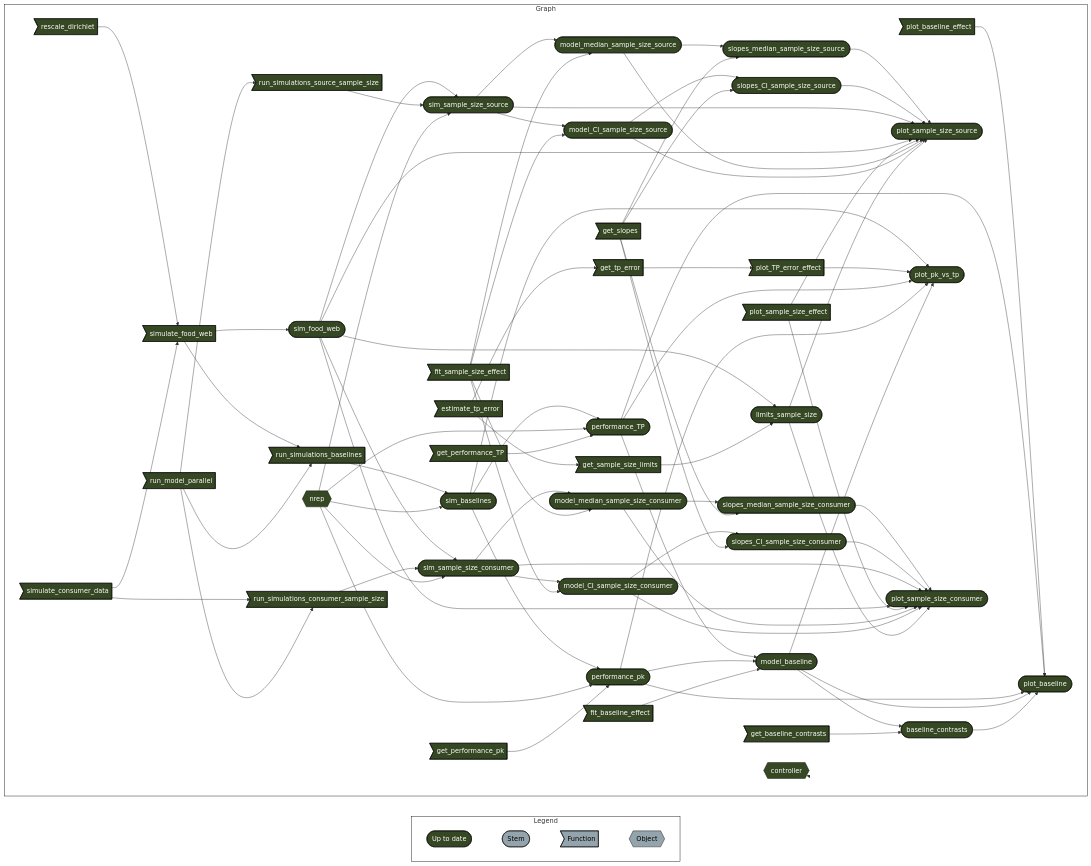
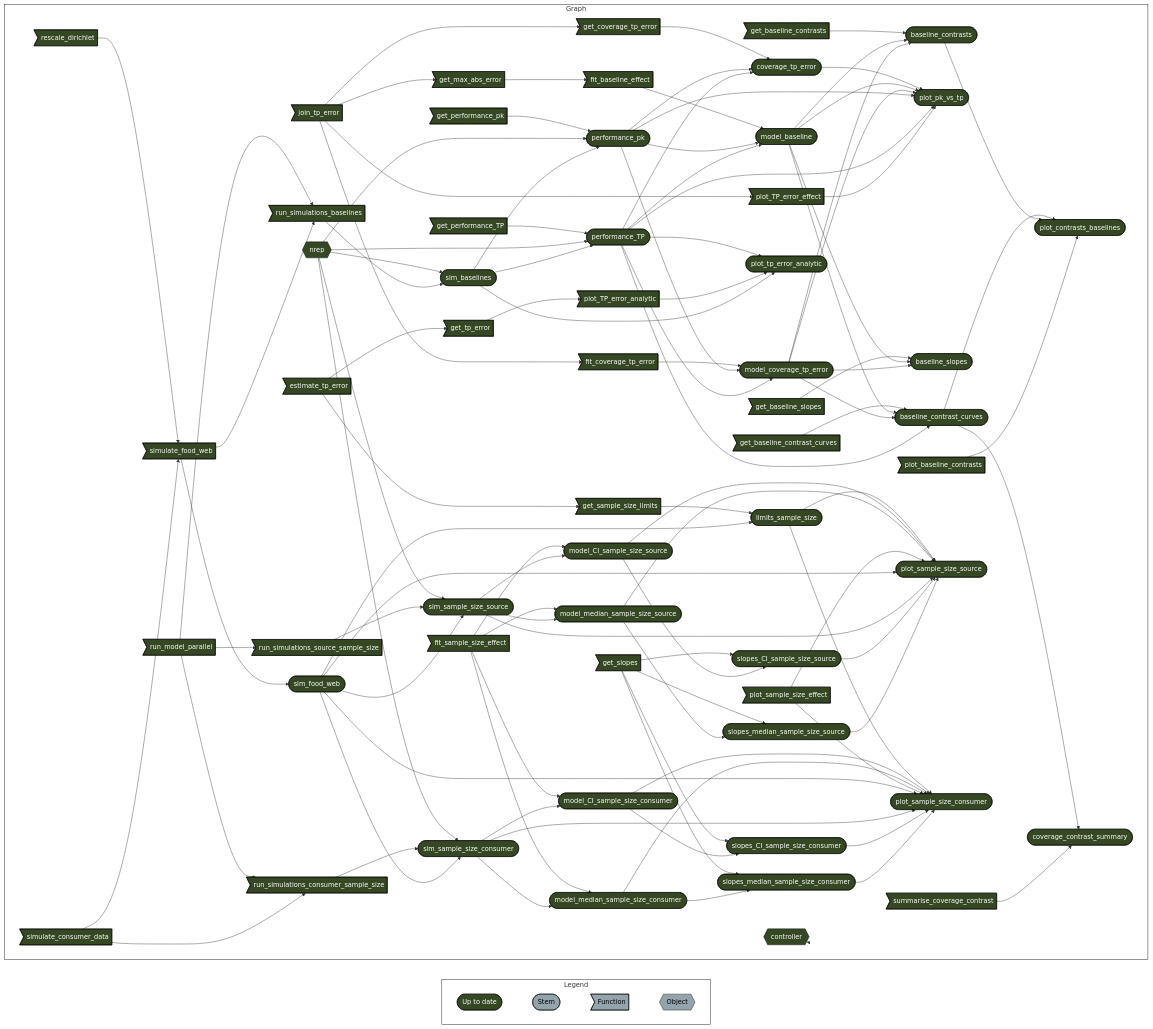
One commit to mattiaghilardi/SIMMmultitroph_simulations changed the diagram in README.md. Above: the diagram before and after it, drawn with Mermaid. The commit also changed 10 other files, not shown here.

First line of the commit message:
Model coverage of 95% CI against TP error and revise baseline figures

````diff
--- a/README.md
+++ b/README.md
@@ -162,23 +162,66 @@
   end
   subgraph Graph
     direction LR
-    x21ac55773aa00ff7>"estimate_tp_error"]:::uptodate --> x4f64251e341dc26d>"get_sample_size_limits"]:::uptodate
-    x21ac55773aa00ff7>"estimate_tp_error"]:::uptodate --> x89aa6a1b0bb00997>"get_tp_error"]:::uptodate
+    xe0ed197bf001369a>"join_tp_error"]:::uptodate --> x01fa55b6ef0f102c>"fit_coverage_tp_error"]:::uptodate
+    xe0ed197bf001369a>"join_tp_error"]:::uptodate --> xc786b5ea9d63b9c5>"plot_TP_error_effect"]:::uptodate
+    xe0ed197bf001369a>"join_tp_error"]:::uptodate --> xcca3bd5f21516fa7>"get_max_abs_error"]:::uptodate
+    xe0ed197bf001369a>"join_tp_error"]:::uptodate --> xd3828f3b280f2068>"get_coverage_tp_error"]:::uptodate
+    x6d92743533cfd8a6>"rescale_dirichlet"]:::uptodate --> x591bcbf82eb648c3>"simulate_food_web"]:::uptodate
     xf48d3b6327a7cf5e>"run_model_parallel"]:::uptodate --> x28f1d3113c9459b8>"run_simulations_baselines"]:::uptodate
     xf48d3b6327a7cf5e>"run_model_parallel"]:::uptodate --> x47a8a2aae50632f3>"run_simulations_source_sample_size"]:::uptodate
     xf48d3b6327a7cf5e>"run_model_parallel"]:::uptodate --> x6db4d56f639e323d>"run_simulations_consumer_sample_size"]:::uptodate
+    x21ac55773aa00ff7>"estimate_tp_error"]:::uptodate --> x89aa6a1b0bb00997>"get_tp_error"]:::uptodate
+    x21ac55773aa00ff7>"estimate_tp_error"]:::uptodate --> x4f64251e341dc26d>"get_sample_size_limits"]:::uptodate
+    xcca3bd5f21516fa7>"get_max_abs_error"]:::uptodate --> x5a1e27704096b922>"fit_baseline_effect"]:::uptodate
+    x89aa6a1b0bb00997>"get_tp_error"]:::uptodate --> xc4fa7c7103be3eaa>"plot_TP_error_analytic"]:::uptodate
     x591bcbf82eb648c3>"simulate_food_web"]:::uptodate --> x28f1d3113c9459b8>"run_simulations_baselines"]:::uptodate
     xc69bd914436bb0ef>"simulate_consumer_data"]:::uptodate --> x591bcbf82eb648c3>"simulate_food_web"]:::uptodate
     xc69bd914436bb0ef>"simulate_consumer_data"]:::uptodate --> x6db4d56f639e323d>"run_simulations_consumer_sample_size"]:::uptodate
-    x6d92743533cfd8a6>"rescale_dirichlet"]:::uptodate --> x591bcbf82eb648c3>"simulate_food_web"]:::uptodate
-    x89aa6a1b0bb00997>"get_tp_error"]:::uptodate --> xc786b5ea9d63b9c5>"plot_TP_error_effect"]:::uptodate
     x947713c23b367de6>"get_baseline_contrasts"]:::uptodate --> x7c75abec967e9944(["baseline_contrasts"]):::uptodate
     x8effdbfc4054a8b1(["model_baseline"]):::uptodate --> x7c75abec967e9944(["baseline_contrasts"]):::uptodate
+    x9553010ed3b86cc8(["model_coverage_tp_error"]):::uptodate --> x7c75abec967e9944(["baseline_contrasts"]):::uptodate
+    xe05234093d4959a3(["coverage_tp_error"]):::uptodate --> xb915cef9f481fc1f(["plot_pk_vs_tp"]):::uptodate
+    x8effdbfc4054a8b1(["model_baseline"]):::uptodate --> xb915cef9f481fc1f(["plot_pk_vs_tp"]):::uptodate
+    x9553010ed3b86cc8(["model_coverage_tp_error"]):::uptodate --> xb915cef9f481fc1f(["plot_pk_vs_tp"]):::uptodate
+    x6721637a114517cc(["performance_pk"]):::uptodate --> xb915cef9f481fc1f(["plot_pk_vs_tp"]):::uptodate
+    xddd15c1e29dd0db2(["performance_TP"]):::uptodate --> xb915cef9f481fc1f(["plot_pk_vs_tp"]):::uptodate
+    xc786b5ea9d63b9c5>"plot_TP_error_effect"]:::uptodate --> xb915cef9f481fc1f(["plot_pk_vs_tp"]):::uptodate
+    x4f64251e341dc26d>"get_sample_size_limits"]:::uptodate --> x19b486c6d52115c7(["limits_sample_size"]):::uptodate
+    xedfdc913389bf9d2(["sim_food_web"]):::uptodate --> x19b486c6d52115c7(["limits_sample_size"]):::uptodate
+    x337dfe47aaaeaa92>"get_performance_TP"]:::uptodate --> xddd15c1e29dd0db2(["performance_TP"]):::uptodate
+    xb36606d044598292{{"nrep"}}:::uptodate --> xddd15c1e29dd0db2(["performance_TP"]):::uptodate
+    x5731469b81dfc1b5(["sim_baselines"]):::uptodate --> xddd15c1e29dd0db2(["performance_TP"]):::uptodate
+    xddd15c1e29dd0db2(["performance_TP"]):::uptodate --> xfd9dd4de6a7a40a1(["plot_tp_error_analytic"]):::uptodate
+    xc4fa7c7103be3eaa>"plot_TP_error_analytic"]:::uptodate --> xfd9dd4de6a7a40a1(["plot_tp_error_analytic"]):::uptodate
+    x5731469b81dfc1b5(["sim_baselines"]):::uptodate --> xfd9dd4de6a7a40a1(["plot_tp_error_analytic"]):::uptodate
     x692c828a4b14e9e4>"get_slopes"]:::uptodate --> x407f420266f7cba3(["slopes_median_sample_size_consumer"]):::uptodate
     x43d5dd88718ec163(["model_median_sample_size_consumer"]):::uptodate --> x407f420266f7cba3(["slopes_median_sample_size_consumer"]):::uptodate
-    xb36606d044598292{{"nrep"}}:::uptodate --> xeed5bb8f0b7988df(["sim_sample_size_source"]):::uptodate
-    x47a8a2aae50632f3>"run_simulations_source_sample_size"]:::uptodate --> xeed5bb8f0b7988df(["sim_sample_size_source"]):::uptodate
-    xedfdc913389bf9d2(["sim_food_web"]):::uptodate --> xeed5bb8f0b7988df(["sim_sample_size_source"]):::uptodate
+    x5a1e27704096b922>"fit_baseline_effect"]:::uptodate --> x8effdbfc4054a8b1(["model_baseline"]):::uptodate
+    x6721637a114517cc(["performance_pk"]):::uptodate --> x8effdbfc4054a8b1(["model_baseline"]):::uptodate
+    xddd15c1e29dd0db2(["performance_TP"]):::uptodate --> x8effdbfc4054a8b1(["model_baseline"]):::uptodate
+    xc62dfd17067dfe06>"get_baseline_slopes"]:::uptodate --> x08ebd82a9e830f20(["baseline_slopes"]):::uptodate
+    x8effdbfc4054a8b1(["model_baseline"]):::uptodate --> x08ebd82a9e830f20(["baseline_slopes"]):::uptodate
+    x9553010ed3b86cc8(["model_coverage_tp_error"]):::uptodate --> x08ebd82a9e830f20(["baseline_slopes"]):::uptodate
+    xb36606d044598292{{"nrep"}}:::uptodate --> x9ebeb9a32f4fbe45(["sim_sample_size_consumer"]):::uptodate
+    x6db4d56f639e323d>"run_simulations_consumer_sample_size"]:::uptodate --> x9ebeb9a32f4fbe45(["sim_sample_size_consumer"]):::uptodate
+    xedfdc913389bf9d2(["sim_food_web"]):::uptodate --> x9ebeb9a32f4fbe45(["sim_sample_size_consumer"]):::uptodate
+    x692c828a4b14e9e4>"get_slopes"]:::uptodate --> xad49654a44770e0a(["slopes_CI_sample_size_consumer"]):::uptodate
+    x624dfa16887e8437(["model_CI_sample_size_consumer"]):::uptodate --> xad49654a44770e0a(["slopes_CI_sample_size_consumer"]):::uptodate
+    xd3828f3b280f2068>"get_coverage_tp_error"]:::uptodate --> xe05234093d4959a3(["coverage_tp_error"]):::uptodate
+    x6721637a114517cc(["performance_pk"]):::uptodate --> xe05234093d4959a3(["coverage_tp_error"]):::uptodate
+    xddd15c1e29dd0db2(["performance_TP"]):::uptodate --> xe05234093d4959a3(["coverage_tp_error"]):::uptodate
+    x3523f25b730a048c(["baseline_contrast_curves"]):::uptodate --> x8966ac46f9a49bd8(["plot_contrasts_baselines"]):::uptodate
+    x7c75abec967e9944(["baseline_contrasts"]):::uptodate --> x8966ac46f9a49bd8(["plot_contrasts_baselines"]):::uptodate
+    x4e25c1b9e6cf230e>"plot_baseline_contrasts"]:::uptodate --> x8966ac46f9a49bd8(["plot_contrasts_baselines"]):::uptodate
+    xd40414fd87cf9ff3>"fit_sample_size_effect"]:::uptodate --> x94cc20dcbe89a450(["model_median_sample_size_source"]):::uptodate
+    xeed5bb8f0b7988df(["sim_sample_size_source"]):::uptodate --> x94cc20dcbe89a450(["model_median_sample_size_source"]):::uptodate
+    x01fa55b6ef0f102c>"fit_coverage_tp_error"]:::uptodate --> x9553010ed3b86cc8(["model_coverage_tp_error"]):::uptodate
+    x6721637a114517cc(["performance_pk"]):::uptodate --> x9553010ed3b86cc8(["model_coverage_tp_error"]):::uptodate
+    xddd15c1e29dd0db2(["performance_TP"]):::uptodate --> x9553010ed3b86cc8(["model_coverage_tp_error"]):::uptodate
+    x315ea71d799dc9ae>"get_baseline_contrast_curves"]:::uptodate --> x3523f25b730a048c(["baseline_contrast_curves"]):::uptodate
+    x8effdbfc4054a8b1(["model_baseline"]):::uptodate --> x3523f25b730a048c(["baseline_contrast_curves"]):::uptodate
+    x9553010ed3b86cc8(["model_coverage_tp_error"]):::uptodate --> x3523f25b730a048c(["baseline_contrast_curves"]):::uptodate
+    xddd15c1e29dd0db2(["performance_TP"]):::uptodate --> x3523f25b730a048c(["baseline_contrast_curves"]):::uptodate
     x19b486c6d52115c7(["limits_sample_size"]):::uptodate --> x1606860f46586235(["plot_sample_size_source"]):::uptodate
     xe296b01090e4e986(["model_CI_sample_size_source"]):::uptodate --> x1606860f46586235(["plot_sample_size_source"]):::uptodate
     x94cc20dcbe89a450(["model_median_sample_size_source"]):::uptodate --> x1606860f46586235(["plot_sample_size_source"]):::uptodate
@@ -187,45 +230,17 @@
     xeed5bb8f0b7988df(["sim_sample_size_source"]):::uptodate --> x1606860f46586235(["plot_sample_size_source"]):::uptodate
     x739b3428d6a79fd4(["slopes_CI_sample_size_source"]):::uptodate --> x1606860f46586235(["plot_sample_size_source"]):::uptodate
     xdc6d71eefa059099(["slopes_median_sample_size_source"]):::uptodate --> x1606860f46586235(["plot_sample_size_source"]):::uptodate
-    x692c828a4b14e9e4>"get_slopes"]:::uptodate --> xad49654a44770e0a(["slopes_CI_sample_size_consumer"]):::uptodate
-    x624dfa16887e8437(["model_CI_sample_size_consumer"]):::uptodate --> xad49654a44770e0a(["slopes_CI_sample_size_consumer"]):::uptodate
+    x692c828a4b14e9e4>"get_slopes"]:::uptodate --> xdc6d71eefa059099(["slopes_median_sample_size_source"]):::uptodate
+    x94cc20dcbe89a450(["model_median_sample_size_source"]):::uptodate --> xdc6d71eefa059099(["slopes_median_sample_size_source"]):::uptodate
+    xd40414fd87cf9ff3>"fit_sample_size_effect"]:::uptodate --> xe296b01090e4e986(["model_CI_sample_size_source"]):::uptodate
+    xeed5bb8f0b7988df(["sim_sample_size_source"]):::uptodate --> xe296b01090e4e986(["model_CI_sample_size_source"]):::uptodate
+    xb36606d044598292{{"nrep"}}:::uptodate --> xeed5bb8f0b7988df(["sim_sample_size_source"]):::uptodate
+    x47a8a2aae50632f3>"run_simulations_source_sample_size"]:::uptodate --> xeed5bb8f0b7988df(["sim_sample_size_source"]):::uptodate
+    xedfdc913389bf9d2(["sim_food_web"]):::uptodate --> xeed5bb8f0b7988df(["sim_sample_size_source"]):::uptodate
     xd40414fd87cf9ff3>"fit_sample_size_effect"]:::uptodate --> x624dfa16887e8437(["model_CI_sample_size_consumer"]):::uptodate
     x9ebeb9a32f4fbe45(["sim_sample_size_consumer"]):::uptodate --> x624dfa16887e8437(["model_CI_sample_size_consumer"]):::uptodate
-    xb36606d044598292{{"nrep"}}:::uptodate --> x9ebeb9a32f4fbe45(["sim_sample_size_consumer"]):::uptodate
-    x6db4d56f639e323d>"run_simulations_consumer_sample_size"]:::uptodate --> x9ebeb9a32f4fbe45(["sim_sample_size_consumer"]):::uptodate
-    xedfdc913389bf9d2(["sim_food_web"]):::uptodate --> x9ebeb9a32f4fbe45(["sim_sample_size_consumer"]):::uptodate
-    x692c828a4b14e9e4>"get_slopes"]:::uptodate --> xdc6d71eefa059099(["slopes_median_sample_size_source"]):::uptodate
-    x94cc20dcbe89a450(["model_median_sample_size_source"]):::uptodate --> xdc6d71eefa059099(["slopes_median_sample_size_source"]):::uptodate
-    x5a1e27704096b922>"fit_baseline_effect"]:::uptodate --> x8effdbfc4054a8b1(["model_baseline"]):::uptodate
-    x6721637a114517cc(["performance_pk"]):::uptodate --> x8effdbfc4054a8b1(["model_baseline"]):::uptodate
-    xddd15c1e29dd0db2(["performance_TP"]):::uptodate --> x8effdbfc4054a8b1(["model_baseline"]):::uptodate
-    xd40414fd87cf9ff3>"fit_sample_size_effect"]:::uptodate --> xe296b01090e4e986(["model_CI_sample_size_source"]):::uptodate
-    xeed5bb8f0b7988df(["sim_sample_size_source"]):::uptodate --> xe296b01090e4e986(["model_CI_sample_size_source"]):::uptodate
-    x337dfe47aaaeaa92>"get_performance_TP"]:::uptodate --> xddd15c1e29dd0db2(["performance_TP"]):::uptodate
-    xb36606d044598292{{"nrep"}}:::uptodate --> xddd15c1e29dd0db2(["performance_TP"]):::uptodate
-    x5731469b81dfc1b5(["sim_baselines"]):::uptodate --> xddd15c1e29dd0db2(["performance_TP"]):::uptodate
-    x7c75abec967e9944(["baseline_contrasts"]):::uptodate --> x896d952401a6da81(["plot_baseline"]):::uptodate
-    x8effdbfc4054a8b1(["model_baseline"]):::uptodate --> x896d952401a6da81(["plot_baseline"]):::uptodate
-    x6721637a114517cc(["performance_pk"]):::uptodate --> x896d952401a6da81(["plot_baseline"]):::uptodate
-    xddd15c1e29dd0db2(["performance_TP"]):::uptodate --> x896d952401a6da81(["plot_baseline"]):::uptodate
-    x1cf86ed3003212ac>"plot_baseline_effect"]:::uptodate --> x896d952401a6da81(["plot_baseline"]):::uptodate
-    x38ddd0f39dee6000>"get_performance_pk"]:::uptodate --> x6721637a114517cc(["performance_pk"]):::uptodate
-    xb36606d044598292{{"nrep"}}:::uptodate --> x6721637a114517cc(["performance_pk"]):::uptodate
-    x5731469b81dfc1b5(["sim_baselines"]):::uptodate --> x6721637a114517cc(["performance_pk"]):::uptodate
-    x8effdbfc4054a8b1(["model_baseline"]):::uptodate --> xb915cef9f481fc1f(["plot_pk_vs_tp"]):::uptodate
-    x6721637a114517cc(["performance_pk"]):::uptodate --> xb915cef9f481fc1f(["plot_pk_vs_tp"]):::uptodate
-    xddd15c1e29dd0db2(["performance_TP"]):::uptodate --> xb915cef9f481fc1f(["plot_pk_vs_tp"]):::uptodate
-    xc786b5ea9d63b9c5>"plot_TP_error_effect"]:::uptodate --> xb915cef9f481fc1f(["plot_pk_vs_tp"]):::uptodate
-    x5731469b81dfc1b5(["sim_baselines"]):::uptodate --> xb915cef9f481fc1f(["plot_pk_vs_tp"]):::uptodate
-    xd40414fd87cf9ff3>"fit_sample_size_effect"]:::uptodate --> x94cc20dcbe89a450(["model_median_sample_size_source"]):::uptodate
-    xeed5bb8f0b7988df(["sim_sample_size_source"]):::uptodate --> x94cc20dcbe89a450(["model_median_sample_size_source"]):::uptodate
     x692c828a4b14e9e4>"get_slopes"]:::uptodate --> x739b3428d6a79fd4(["slopes_CI_sample_size_source"]):::uptodate
     xe296b01090e4e986(["model_CI_sample_size_source"]):::uptodate --> x739b3428d6a79fd4(["slopes_CI_sample_size_source"]):::uptodate
-    x4f64251e341dc26d>"get_sample_size_limits"]:::uptodate --> x19b486c6d52115c7(["limits_sample_size"]):::uptodate
-    xedfdc913389bf9d2(["sim_food_web"]):::uptodate --> x19b486c6d52115c7(["limits_sample_size"]):::uptodate
-    x591bcbf82eb648c3>"simulate_food_web"]:::uptodate --> xedfdc913389bf9d2(["sim_food_web"]):::uptodate
-    xb36606d044598292{{"nrep"}}:::uptodate --> x5731469b81dfc1b5(["sim_baselines"]):::uptodate
-    x28f1d3113c9459b8>"run_simulations_baselines"]:::uptodate --> x5731469b81dfc1b5(["sim_baselines"]):::uptodate
     x19b486c6d52115c7(["limits_sample_size"]):::uptodate --> x1fc30f50d0051e95(["plot_sample_size_consumer"]):::uptodate
     x624dfa16887e8437(["model_CI_sample_size_consumer"]):::uptodate --> x1fc30f50d0051e95(["plot_sample_size_consumer"]):::uptodate
     x43d5dd88718ec163(["model_median_sample_size_consumer"]):::uptodate --> x1fc30f50d0051e95(["plot_sample_size_consumer"]):::uptodate
@@ -234,8 +249,16 @@
     x9ebeb9a32f4fbe45(["sim_sample_size_consumer"]):::uptodate --> x1fc30f50d0051e95(["plot_sample_size_consumer"]):::uptodate
     xad49654a44770e0a(["slopes_CI_sample_size_consumer"]):::uptodate --> x1fc30f50d0051e95(["plot_sample_size_consumer"]):::uptodate
     x407f420266f7cba3(["slopes_median_sample_size_consumer"]):::uptodate --> x1fc30f50d0051e95(["plot_sample_size_consumer"]):::uptodate
+    x591bcbf82eb648c3>"simulate_food_web"]:::uptodate --> xedfdc913389bf9d2(["sim_food_web"]):::uptodate
+    xb36606d044598292{{"nrep"}}:::uptodate --> x5731469b81dfc1b5(["sim_baselines"]):::uptodate
+    x28f1d3113c9459b8>"run_simulations_baselines"]:::uptodate --> x5731469b81dfc1b5(["sim_baselines"]):::uptodate
     xd40414fd87cf9ff3>"fit_sample_size_effect"]:::uptodate --> x43d5dd88718ec163(["model_median_sample_size_consumer"]):::uptodate
     x9ebeb9a32f4fbe45(["sim_sample_size_consumer"]):::uptodate --> x43d5dd88718ec163(["model_median_sample_size_consumer"]):::uptodate
+    x38ddd0f39dee6000>"get_performance_pk"]:::uptodate --> x6721637a114517cc(["performance_pk"]):::uptodate
+    xb36606d044598292{{"nrep"}}:::uptodate --> x6721637a114517cc(["performance_pk"]):::uptodate
+    x5731469b81dfc1b5(["sim_baselines"]):::uptodate --> x6721637a114517cc(["performance_pk"]):::uptodate
+    x3523f25b730a048c(["baseline_contrast_curves"]):::uptodate --> x82b295690843aae2(["coverage_contrast_summary"]):::uptodate
+    xcda304b8255aaced>"summarise_coverage_contrast"]:::uptodate --> x82b295690843aae2(["coverage_contrast_summary"]):::uptodate
     xc89be4ed5763b132{{"controller"}}:::uptodate --> xc89be4ed5763b132{{"controller"}}:::uptodate
   end
   classDef uptodate stroke:#000000,color:#ffffff,fill:#354823;
@@ -243,5 +266,5 @@
   linkStyle 0 stroke-width:0px;
   linkStyle 1 stroke-width:0px;
   linkStyle 2 stroke-width:0px;
-  linkStyle 77 stroke-width:0px;
+  linkStyle 100 stroke-width:0px;
 ```
````
